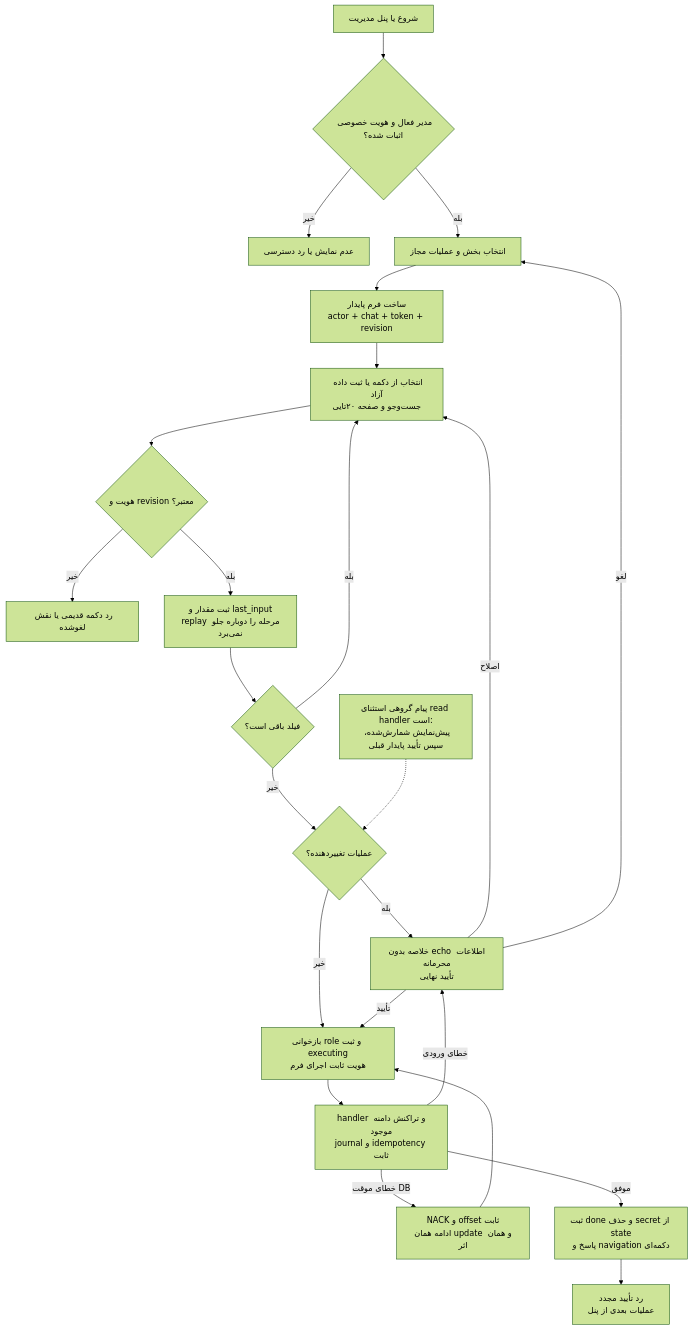
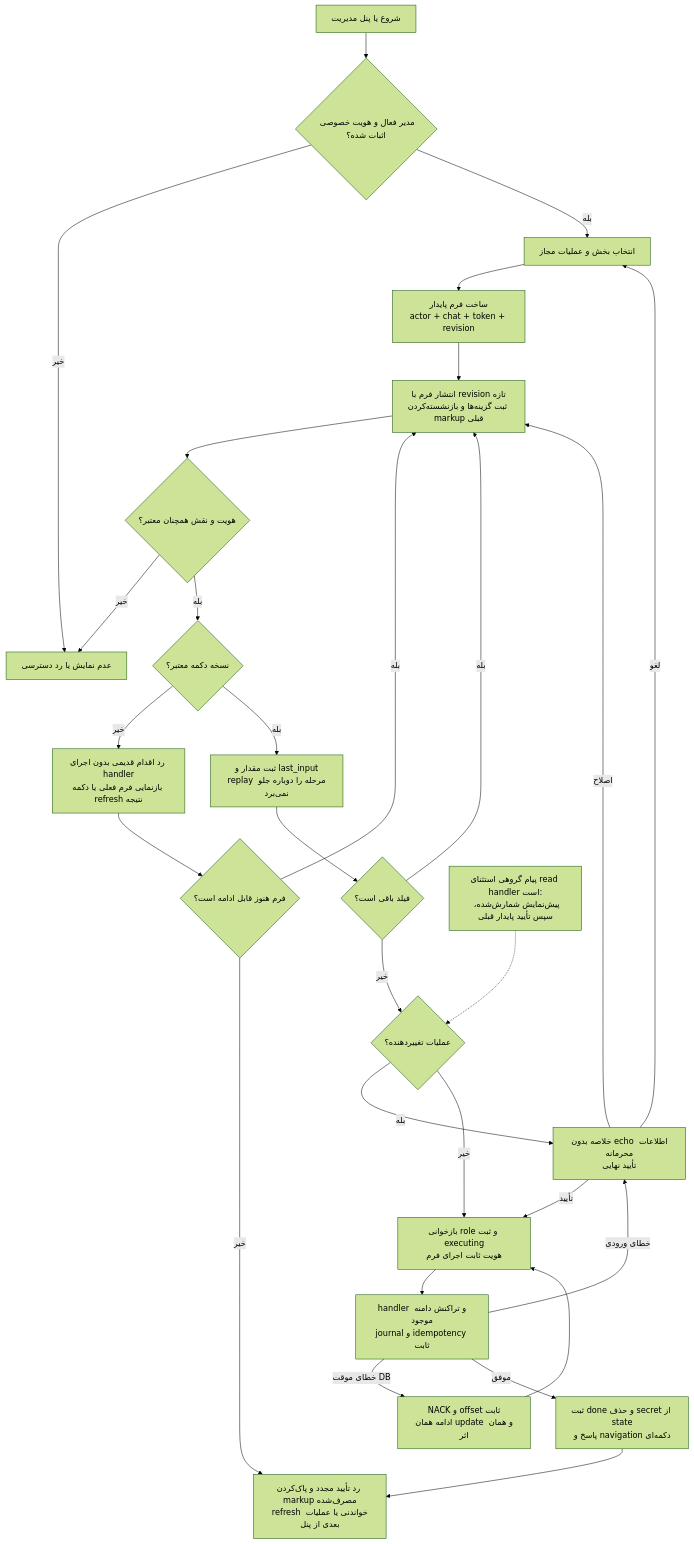
Before and after one commit to mohamadkheiry/aibotTelegram: the diagram in docs/diagrams/16-admin-button-form.mmd, drawn with Mermaid (forest theme). The commit also changed 17 other files, not shown here.

```diff
--- a/docs/diagrams/16-admin-button-form.mmd
+++ b/docs/diagrams/16-admin-button-form.mmd
@@ -1,25 +1,30 @@
 flowchart TB
     A["شروع یا پنل مدیریت"] --> G{"مدیر فعال و هویت خصوصی اثبات شده؟"}
     G -- خیر --> Deny["عدم نمایش یا رد دسترسی"]
     G -- بله --> B["انتخاب بخش و عملیات مجاز"]
     B --> C["ساخت فرم پایدار<br/>actor + chat + token + revision"]
-    C --> D["انتخاب از دکمه یا ثبت داده آزاد<br/>جست‌وجو و صفحه ۲۰تایی"]
-    D --> V{"هویت و revision معتبر؟"}
-    V -- خیر --> Stale["رد دکمه قدیمی یا نقش لغوشده"]
+    C --> D["انتشار فرم با revision تازه<br/>ثبت گزینه‌ها و بازنشسته‌کردن markup قبلی"]
+    D --> Access{"هویت و نقش همچنان معتبر؟"}
+    Access -- خیر --> Deny
+    Access -- بله --> V{"نسخه دکمه معتبر؟"}
+    V -- خیر --> Stale["رد اقدام قدیمی بدون اجرای handler<br/>بازنمایی فرم فعلی یا دکمه refresh نتیجه"]
+    Stale --> Current{"فرم هنوز قابل ادامه است؟"}
+    Current -- بله --> D
+    Current -- خیر --> Next
     V -- بله --> Save["ثبت مقدار و last_input<br/>replay مرحله را دوباره جلو نمی‌برد"]
     Save --> More{"فیلد باقی است؟"}
     More -- بله --> D
     More -- خیر --> M{"عملیات تغییردهنده؟"}
     M -- بله --> Preview["خلاصه بدون echo اطلاعات محرمانه<br/>تأیید نهایی"]
     M -- خیر --> Execute
     Preview -- اصلاح --> D
     Preview -- لغو --> B
     Preview -- تأیید --> Execute["بازخوانی role و ثبت executing<br/>هویت ثابت اجرای فرم"]
     Execute --> Domain["handler و تراکنش دامنه موجود<br/>journal و idempotency ثابت"]
     Domain -- خطای موقت DB --> Retry["NACK و offset ثابت<br/>ادامه همان update و همان اثر"]
     Retry --> Execute
     Domain -- خطای ورودی --> Preview
     Domain -- موفق --> Done["ثبت done و حذف secret از state<br/>پاسخ و navigation دکمه‌ای"]
-    Done --> Next["رد تأیید مجدد<br/>عملیات بعدی از پنل"]
+    Done --> Next["رد تأیید مجدد و پاک‌کردن markup مصرف‌شده<br/>refresh خواندنی یا عملیات بعدی از پنل"]
     Broadcast["پیام گروهی استثنای read handler است:<br/>پیش‌نمایش شمارش‌شده، سپس تأیید پایدار قبلی"]
     Broadcast -.-> M
```
